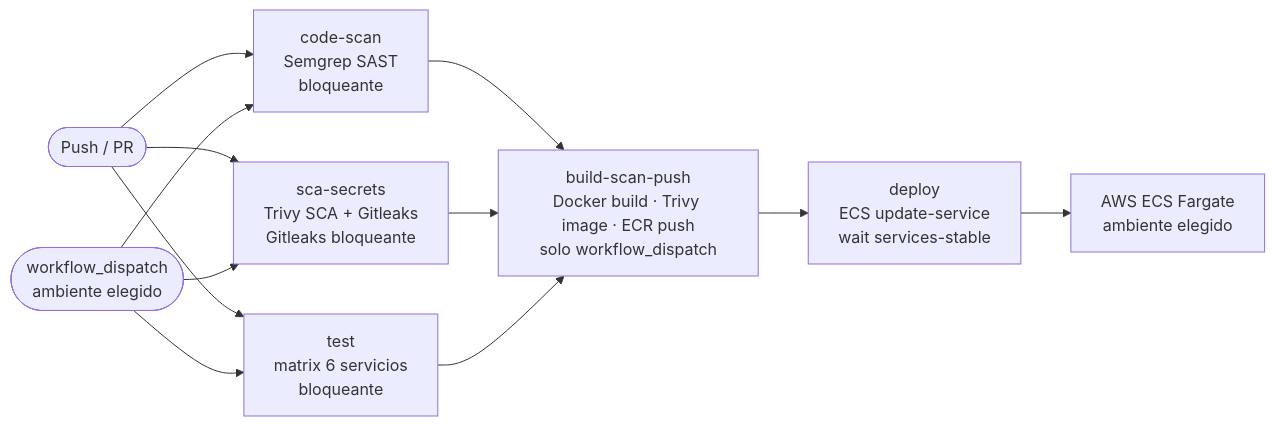
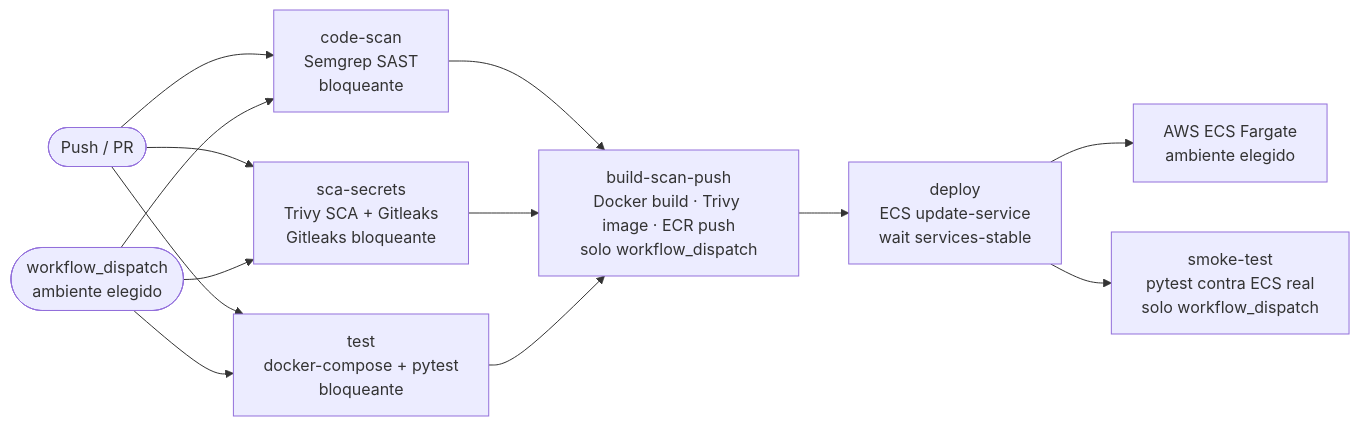
Before and after one commit to Luis-Mendaro/RetailStore-Obligatorio: the third of 7 diagrams in docs/arquitectura.md, drawn with Mermaid. The commit also changed other lines of this file and 3 other files, not shown here.

````diff
--- a/docs/arquitectura.md
+++ b/docs/arquitectura.md
@@ -61,14 +61,15 @@
 ```mermaid
 flowchart LR
     Push(["Push / PR"]) --> CodeScan["code-scan\nSemgrep SAST\nbloqueante"]
     Push --> SCA["sca-secrets\nTrivy SCA + Gitleaks\nGitleaks bloqueante"]
-    Push --> Tests["test\nmatrix 6 servicios\nbloqueante"]
+    Push --> Tests["test\ndocker-compose + pytest\nbloqueante"]
     Dispatch(["workflow_dispatch\nambiente elegido"]) --> CodeScan
     Dispatch --> SCA
     Dispatch --> Tests
     CodeScan --> Build["build-scan-push\nDocker build · Trivy image · ECR push\nsolo workflow_dispatch"]
     SCA --> Build
     Tests --> Build
     Build --> Deploy["deploy\nECS update-service\nwait services-stable"]
     Deploy --> ECS_F["AWS ECS Fargate\nambiente elegido"]
+    Deploy --> Smoke["smoke-test\npytest contra ECS real\nsolo workflow_dispatch"]
 ```
````
